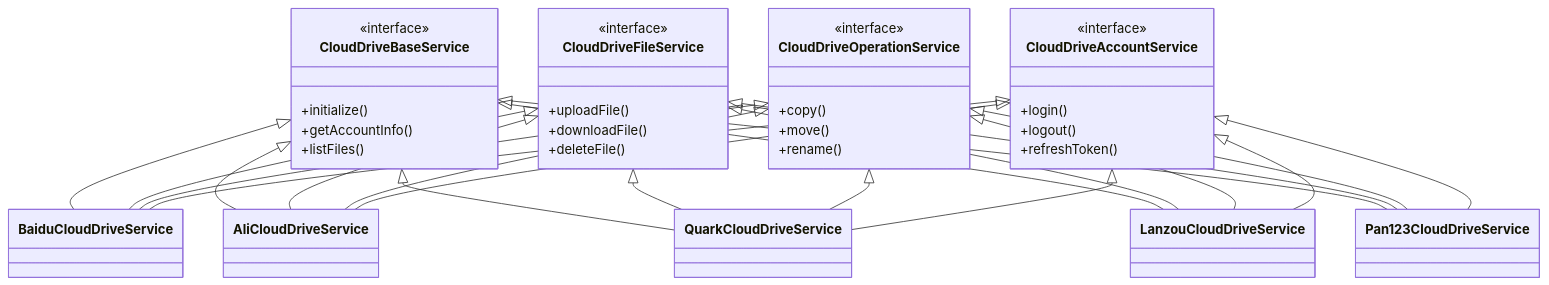
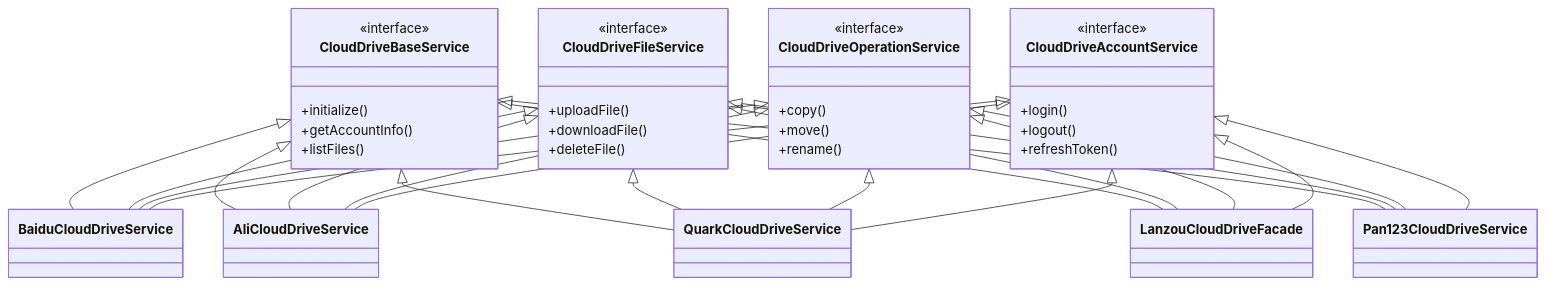
Before and after one commit to Moyanplus/cocodriver: the third of 8 diagrams in doc/PROJECT_STRUCTURE.md, drawn with Mermaid. The commit also changed other lines of this file and 69 other files, not shown here.

Commit message:
refactor: plug cloud drive metadata via provider descriptors

````diff
--- a/doc/PROJECT_STRUCTURE.md
+++ b/doc/PROJECT_STRUCTURE.md
@@ -84,54 +84,54 @@
 ```mermaid
 classDiagram
     class CloudDriveBaseService {
         <<interface>>
         +initialize()
         +getAccountInfo()
         +listFiles()
     }
     
     class CloudDriveFileService {
         <<interface>>
         +uploadFile()
         +downloadFile()
         +deleteFile()
     }
     
     class CloudDriveOperationService {
         <<interface>>
         +copy()
         +move()
         +rename()
     }
 
     class CloudDriveAccountService {
         <<interface>>
         +login()
         +logout()
         +refreshToken()
     }
 
     CloudDriveBaseService <|-- BaiduCloudDriveService
     CloudDriveBaseService <|-- AliCloudDriveService
     CloudDriveBaseService <|-- QuarkCloudDriveService
-    CloudDriveBaseService <|-- LanzouCloudDriveService
+    CloudDriveBaseService <|-- LanzouCloudDriveFacade
     CloudDriveBaseService <|-- Pan123CloudDriveService
     
     CloudDriveFileService <|-- BaiduCloudDriveService
     CloudDriveFileService <|-- AliCloudDriveService
     CloudDriveFileService <|-- QuarkCloudDriveService
-    CloudDriveFileService <|-- LanzouCloudDriveService
+    CloudDriveFileService <|-- LanzouCloudDriveFacade
     CloudDriveFileService <|-- Pan123CloudDriveService
     
     CloudDriveOperationService <|-- BaiduCloudDriveService
     CloudDriveOperationService <|-- AliCloudDriveService
     CloudDriveOperationService <|-- QuarkCloudDriveService
-    CloudDriveOperationService <|-- LanzouCloudDriveService
+    CloudDriveOperationService <|-- LanzouCloudDriveFacade
     CloudDriveOperationService <|-- Pan123CloudDriveService
 
     CloudDriveAccountService <|-- BaiduCloudDriveService
     CloudDriveAccountService <|-- AliCloudDriveService
     CloudDriveAccountService <|-- QuarkCloudDriveService
-    CloudDriveAccountService <|-- LanzouCloudDriveService
+    CloudDriveAccountService <|-- LanzouCloudDriveFacade
     CloudDriveAccountService <|-- Pan123CloudDriveService
 ```
````
